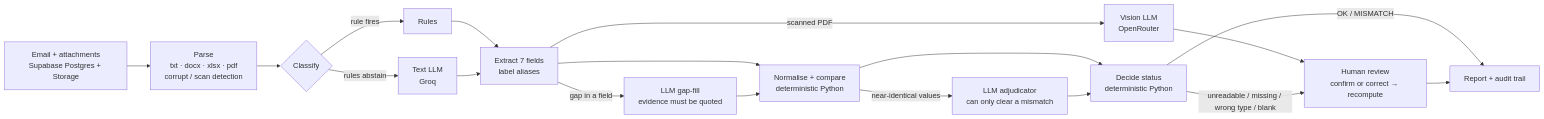
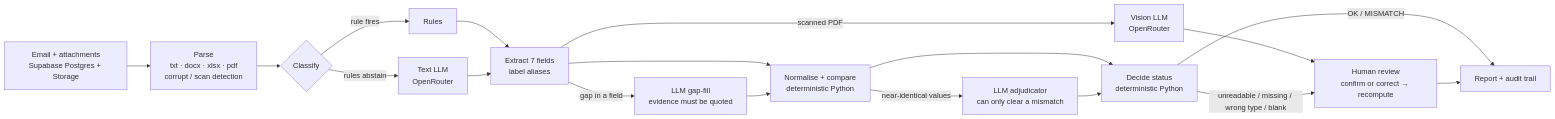
One commit to Eishvar/monash-hackathon changed the diagram in README.md. Above: the diagram before and after it, drawn with Mermaid. The commit also changed other lines of this file and 43 other files, not shown here.

First line of the commit message:
UI redesign (Shippr) + backend on OpenRouter only

````diff
--- a/README.md
+++ b/README.md
@@ -30,20 +30,20 @@
 ```mermaid
 flowchart LR
     E[Email + attachments<br/>Supabase Postgres + Storage] --> P[Parse<br/>txt · docx · xlsx · pdf<br/>corrupt / scan detection]
     P --> C{Classify}
     C -- "rule fires" --> R[Rules]
-    C -- "rules abstain" --> L[Text LLM<br/>Groq]
+    C -- "rules abstain" --> L[Text LLM<br/>OpenRouter]
     R --> X[Extract 7 fields<br/>label aliases]
     L --> X
     X -- "gap in a field" --> L2[LLM gap-fill<br/>evidence must be quoted]
     X -- "scanned PDF" --> V[Vision LLM<br/>OpenRouter]
     X --> N[Normalise + compare<br/>deterministic Python]
     L2 --> N
     N -- "near-identical values" --> A[LLM adjudicator<br/>can only clear a mismatch]
     N --> D[Decide status<br/>deterministic Python]
     A --> D
     V --> H
     D -- "OK / MISMATCH" --> O[Report + audit trail]
     D -- "unreadable / missing / wrong type / blank" --> H[Human review<br/>confirm or correct → recompute]
     H --> O
 ```
````
